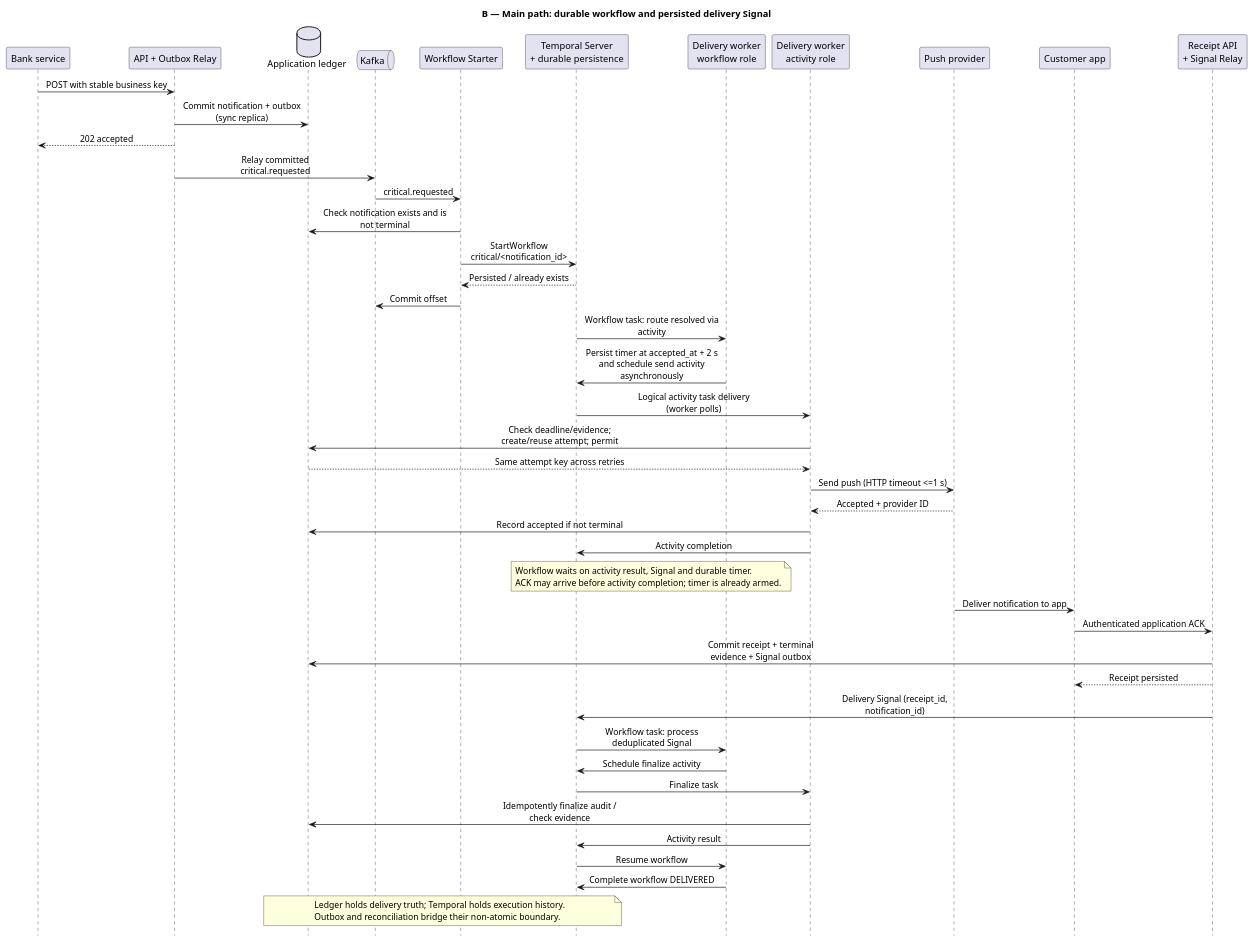
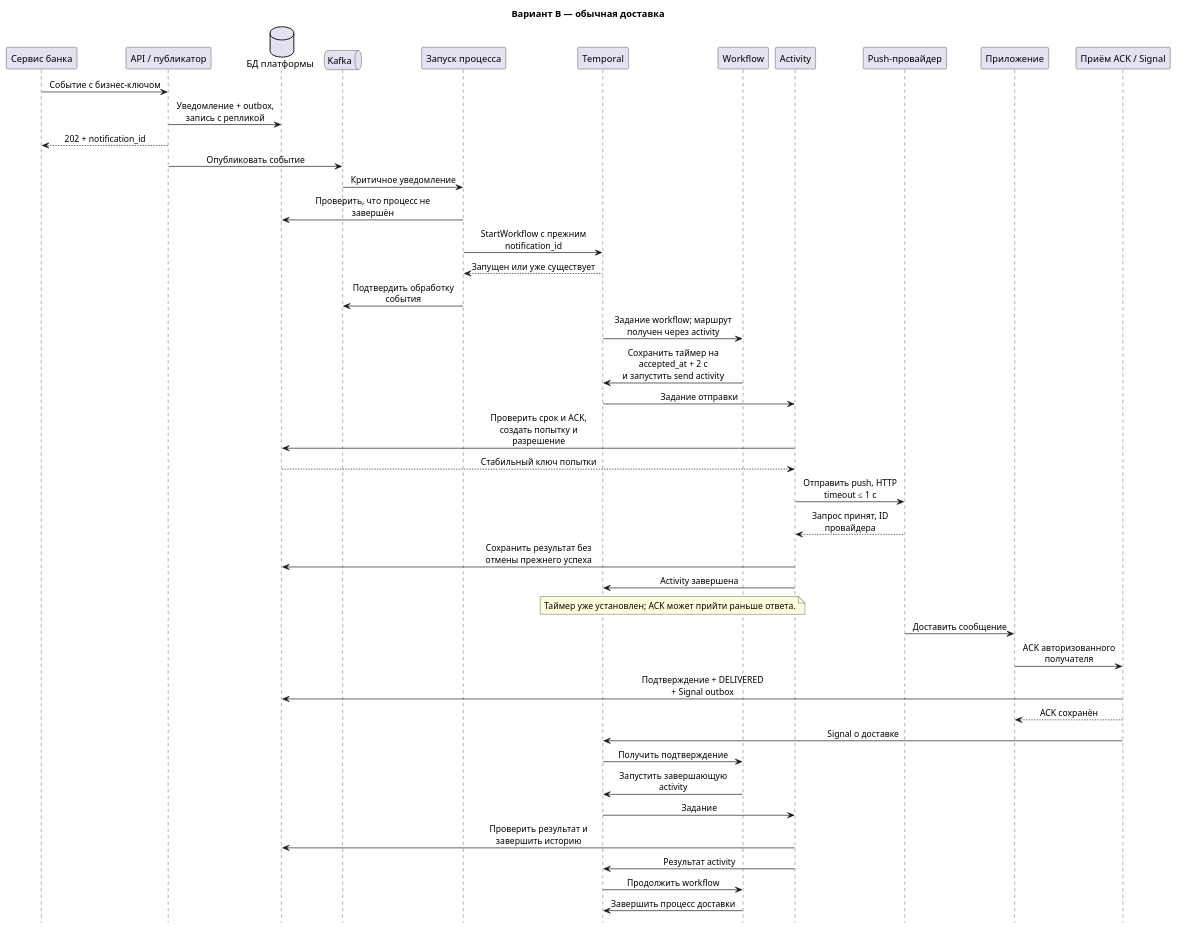
One commit to irinamilova/marketplace-architecture changed the diagram in hw4/diagrams/b-main.puml. Above: the diagram before and after it, drawn with PlantUML. The commit also changed 18 other files, not shown here.

```diff
--- a/hw4/diagrams/b-main.puml
+++ b/hw4/diagrams/b-main.puml
@@ -1,50 +1,49 @@
 @startuml
-title B — Main path: durable workflow and persisted delivery Signal
+title Вариант B — обычная доставка
 hide footbox
 skinparam backgroundColor #FFFFFF
 skinparam sequenceMessageAlign center
-skinparam maxMessageSize 210
-participant "Bank service" as Bank
-participant "API + Outbox Relay" as API
-database "Application ledger" as DB
+skinparam maxMessageSize 190
+participant "Сервис банка" as Bank
+participant "API / публикатор" as API
+database "БД платформы" as DB
 queue "Kafka" as K
-participant "Workflow Starter" as Starter
-participant "Temporal Server\n+ durable persistence" as T
-participant "Delivery worker\nworkflow role" as W
-participant "Delivery worker\nactivity role" as A
-participant "Push provider" as P
-participant "Customer app" as App
-participant "Receipt API\n+ Signal Relay" as R
-Bank -> API: POST with stable business key
-API -> DB: Commit notification + outbox (sync replica)
-API --> Bank: 202 accepted
-API -> K: Relay committed critical.requested
-K -> Starter: critical.requested
-Starter -> DB: Check notification exists and is not terminal
-Starter -> T: StartWorkflow critical/<notification_id>
-T --> Starter: Persisted / already exists
-Starter -> K: Commit offset
-T -> W: Workflow task: route resolved via activity
-W -> T: Persist timer at accepted_at + 2 s\nand schedule send activity asynchronously
-T -> A: Logical activity task delivery (worker polls)
-A -> DB: Check deadline/evidence; create/reuse attempt; permit
-DB --> A: Same attempt key across retries
-A -> P: Send push (HTTP timeout <=1 s)
-P --> A: Accepted + provider ID
-A -> DB: Record accepted if not terminal
-A -> T: Activity completion
-note over T,W: Workflow waits on activity result, Signal and durable timer.\nACK may arrive before activity completion; timer is already armed.
-P -> App: Deliver notification to app
-App -> R: Authenticated application ACK
-R -> DB: Commit receipt + terminal evidence + Signal outbox
-R --> App: Receipt persisted
-R -> T: Delivery Signal (receipt_id, notification_id)
-T -> W: Workflow task: process deduplicated Signal
-W -> T: Schedule finalize activity
-T -> A: Finalize task
-A -> DB: Idempotently finalize audit / check evidence
-A -> T: Activity result
-T -> W: Resume workflow
-W -> T: Complete workflow DELIVERED
-note over DB,T: Ledger holds delivery truth; Temporal holds execution history.\nOutbox and reconciliation bridge their non-atomic boundary.
+participant "Запуск процесса" as Starter
+participant "Temporal" as T
+participant "Workflow" as W
+participant "Activity" as A
+participant "Push-провайдер" as P
+participant "Приложение" as App
+participant "Приём ACK / Signal" as R
+Bank -> API: Событие с бизнес-ключом
+API -> DB: Уведомление + outbox, запись с репликой
+API --> Bank: 202 + notification_id
+API -> K: Опубликовать событие
+K -> Starter: Критичное уведомление
+Starter -> DB: Проверить, что процесс не завершён
+Starter -> T: StartWorkflow с прежним notification_id
+T --> Starter: Запущен или уже существует
+Starter -> K: Подтвердить обработку события
+T -> W: Задание workflow; маршрут получен через activity
+W -> T: Сохранить таймер на accepted_at + 2 с\nи запустить send activity
+T -> A: Задание отправки
+A -> DB: Проверить срок и ACK, создать попытку и разрешение
+DB --> A: Стабильный ключ попытки
+A -> P: Отправить push, HTTP timeout ≤1 с
+P --> A: Запрос принят, ID провайдера
+A -> DB: Сохранить результат без отмены прежнего успеха
+A -> T: Activity завершена
+note over T,W: Таймер уже установлен; ACK может прийти раньше ответа.
+P -> App: Доставить сообщение
+App -> R: ACK авторизованного получателя
+R -> DB: Подтверждение + DELIVERED + Signal outbox
+R --> App: ACK сохранён
+R -> T: Signal о доставке
+T -> W: Получить подтверждение
+W -> T: Запустить завершающую activity
+T -> A: Задание
+A -> DB: Проверить результат и завершить историю
+A -> T: Результат activity
+T -> W: Продолжить workflow
+W -> T: Завершить процесс доставки
 @enduml
```
